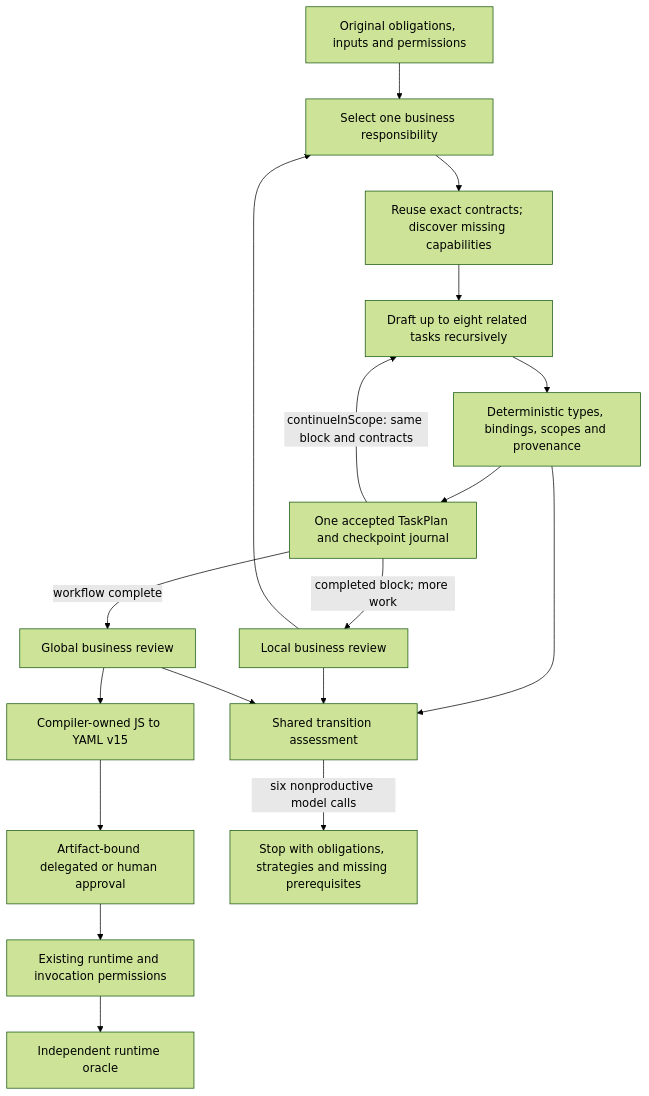
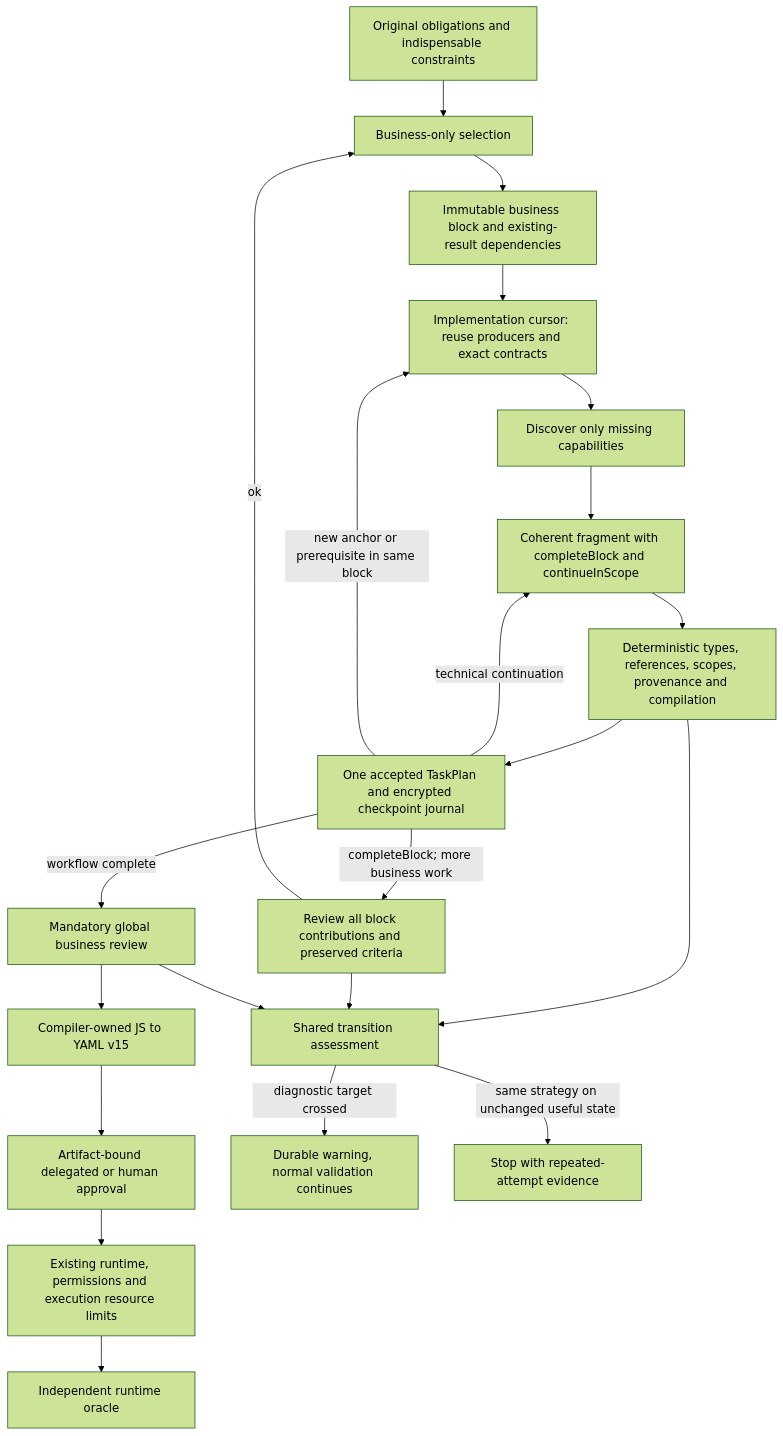
One commit to GnouGo/GnouGo changed the diagram in docs/incremental-taskplan-construction.md. Above: the diagram before and after it, drawn with Mermaid (forest theme). The commit also changed other lines of this file and 155 other files, not shown here.

First line of the commit message:
Separate business selection from implementation and diagnostic targets

````diff
--- a/docs/incremental-taskplan-construction.md
+++ b/docs/incremental-taskplan-construction.md
@@ -20,20 +20,24 @@
 ```mermaid
 flowchart TD
-    O[Original obligations, inputs and permissions] --> S[Select one business responsibility]
-    S --> K[Reuse exact contracts; discover missing capabilities]
-    K --> D[Draft up to eight related tasks recursively]
-    D --> V[Deterministic types, bindings, scopes and provenance]
-    V --> P[One accepted TaskPlan and checkpoint journal]
-    P -->|continueInScope: same block and contracts| D
-    P -->|completed block; more work| L[Local business review]
-    L --> S
-    P -->|workflow complete| G[Global business review]
+    O[Original obligations and indispensable constraints] --> S[Business-only selection]
+    S --> B[Immutable business block and existing-result dependencies]
+    B --> I[Implementation cursor: reuse producers and exact contracts]
+    I --> K[Discover only missing capabilities]
+    K --> D[Coherent fragment with completeBlock and continueInScope]
+    D --> V[Deterministic types, references, scopes, provenance and compilation]
+    V --> P[One accepted TaskPlan and encrypted checkpoint journal]
+    P -->|technical continuation| D
+    P -->|new anchor or prerequisite in same block| I
+    P -->|completeBlock; more business work| L[Review all block contributions and preserved criteria]
+    L -->|ok| S
+    P -->|workflow complete| G[Mandatory global business review]
     G --> C[Compiler-owned JS to YAML v15]
     C --> A[Artifact-bound delegated or human approval]
-    A --> E[Existing runtime and invocation permissions]
+    A --> E[Existing runtime, permissions and execution resource limits]
     E --> R[Independent runtime oracle]
     V --> T[Shared transition assessment]
     L --> T
     G --> T
-    T -->|six nonproductive model calls| X[Stop with obligations, strategies and missing prerequisites]
+    T -->|diagnostic target crossed| W[Durable warning, normal validation continues]
+    T -->|same strategy on unchanged useful state| X[Stop with repeated-attempt evidence]
 ```
````
